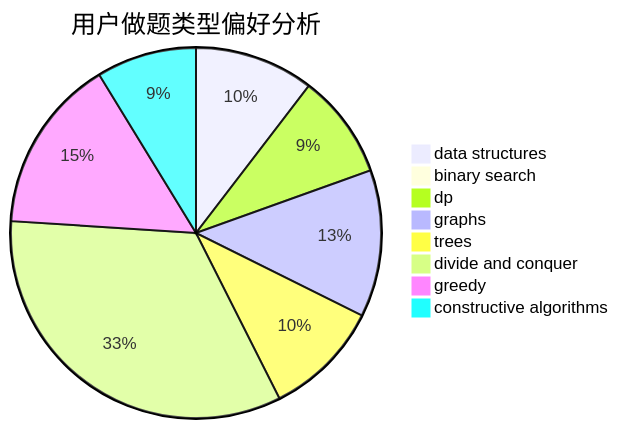
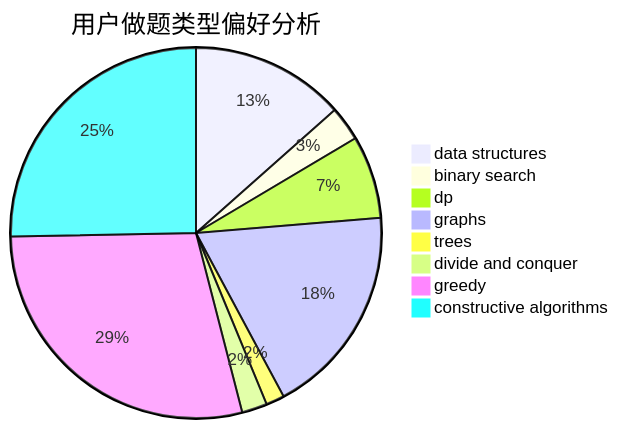
Before and after one commit to sherpahu/cfrs.github.io: the second of 3 diagrams in docs/user/u958.md, drawn with Mermaid. The commit also changed other lines of this file and 2770 other files, not shown here.

````diff
--- a/docs/user/u958.md
+++ b/docs/user/u958.md
@@ -23,11 +23,11 @@
 ```mermaid
 pie title 用户做题类型偏好分析
-    "data structures" :  56
-    "binary search" :  0
-    "dp" :  49
-    "graphs" :  69
-    "trees" :  55
-    "divide and conquer" :  180
-    "greedy" :  82
-    "constructive algorithms" :  47
+    "data structures" :  67
+    "binary search" :  15
+    "dp" :  36
+    "graphs" :  92
+    "trees" :  8
+    "divide and conquer" :  11
+    "greedy" :  143
+    "constructive algorithms" :  126
 ```
````
